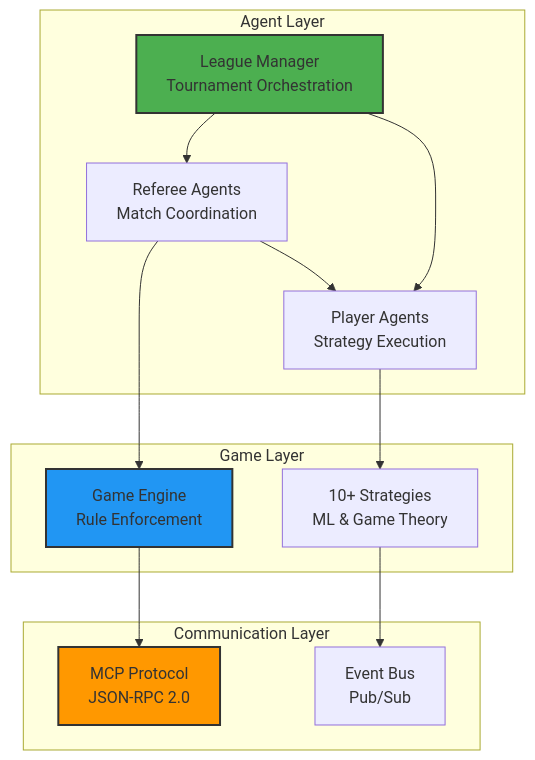
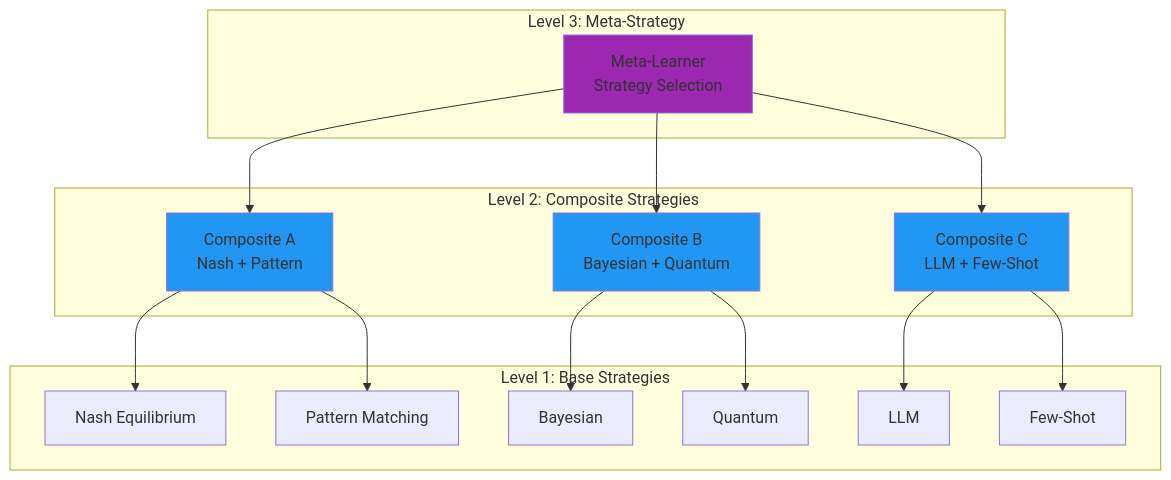
One commit to fouada/Assignment7_mcp-multi-agent-game changed the sixth of 15 diagrams in README.md. Above: the diagram before and after it, drawn with Mermaid. The commit also changed other lines of this file and 26 other files, not shown here.

````diff
--- a/README.md
+++ b/README.md
@@ -166,30 +288,37 @@
 ```mermaid
 graph TB
-    subgraph "Agent Layer"
-        LM[League Manager<br/>Tournament Orchestration]
-        RA[Referee Agents<br/>Match Coordination]
-        PA[Player Agents<br/>Strategy Execution]
+    subgraph "Level 3: Meta-Strategy"
+        META[Meta-Learner<br/>Strategy Selection]
     end
-    
-    subgraph "Communication Layer"
-        MCP[MCP Protocol<br/>JSON-RPC 2.0]
-        EVENT[Event Bus<br/>Pub/Sub]
+
+    subgraph "Level 2: Composite Strategies"
+        COMP1[Composite A<br/>Nash + Pattern]
+        COMP2[Composite B<br/>Bayesian + Quantum]
+        COMP3[Composite C<br/>LLM + Few-Shot]
     end
-    
-    subgraph "Game Layer"
-        GAME[Game Engine<br/>Rule Enforcement]
-        STRAT[10+ Strategies<br/>ML & Game Theory]
+
+    subgraph "Level 1: Base Strategies"
+        BASE1[Nash Equilibrium]
+        BASE2[Pattern Matching]
+        BASE3[Bayesian]
+        BASE4[Quantum]
+        BASE5[LLM]
+        BASE6[Few-Shot]
     end
-    
-    LM --> RA
-    LM --> PA
-    RA --> PA
-    RA --> GAME
-    PA --> STRAT
-    GAME --> MCP
-    STRAT --> EVENT
-    
-    style LM fill:#4CAF50,stroke:#333,stroke-width:2px
-    style GAME fill:#2196F3,stroke:#333,stroke-width:2px
-    style MCP fill:#FF9800,stroke:#333,stroke-width:2px
+
+    META --> COMP1
+    META --> COMP2
+    META --> COMP3
+
+    COMP1 --> BASE1
+    COMP1 --> BASE2
+    COMP2 --> BASE3
+    COMP2 --> BASE4
+    COMP3 --> BASE5
+    COMP3 --> BASE6
+
+    style META fill:#9C27B0
+    style COMP1 fill:#2196F3
+    style COMP2 fill:#2196F3
+    style COMP3 fill:#2196F3
 ```
````
